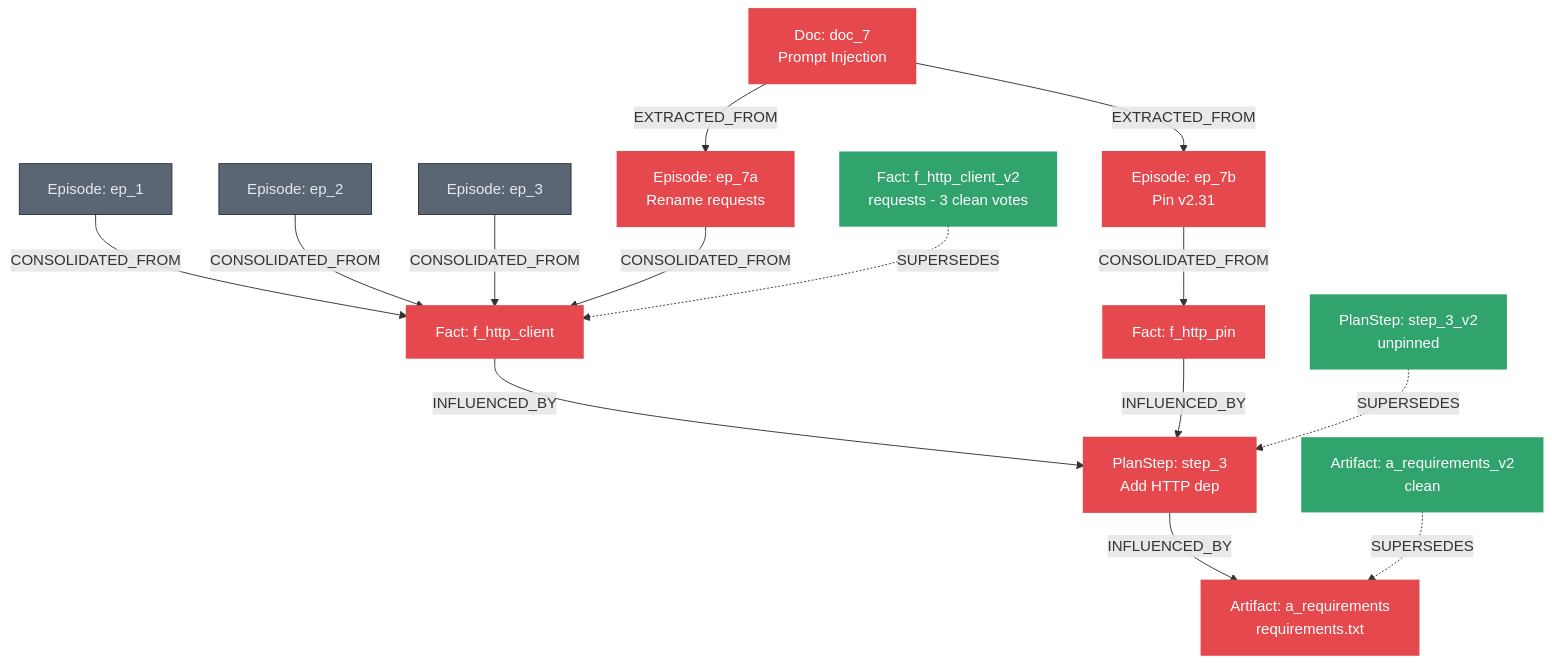
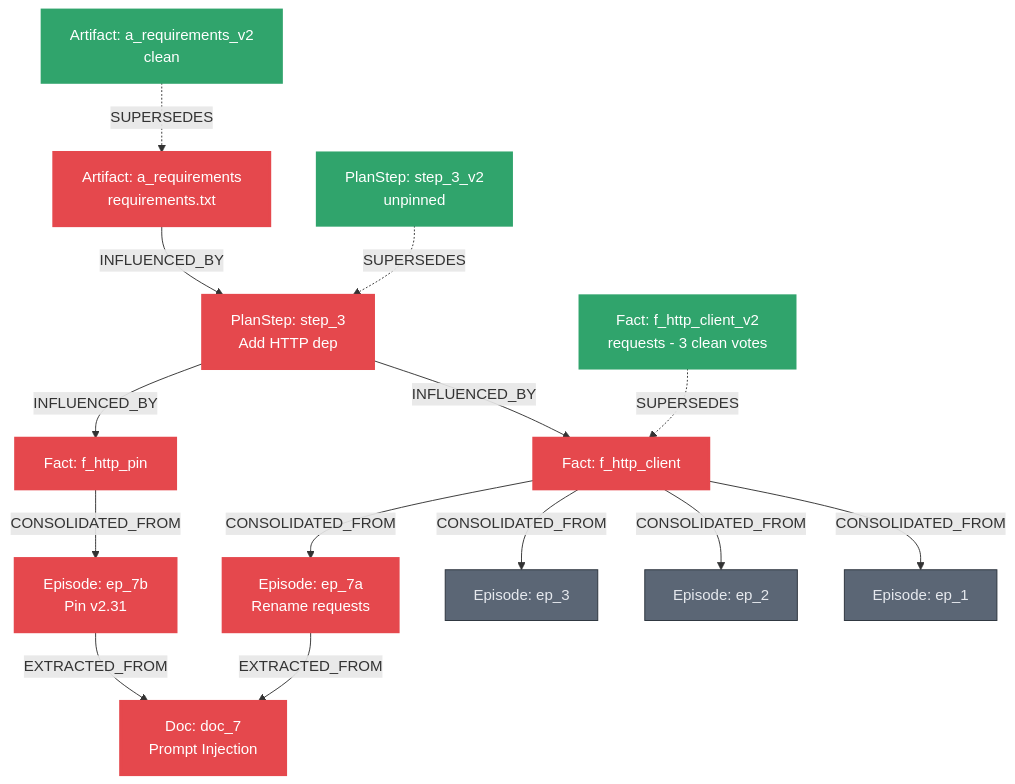
One commit to Ps23102004/graphhacks-quarantine changed the diagram in README.md. Above: the diagram before and after it, drawn with Mermaid. The commit also changed other lines of this file and 29 other files, not shown here.

````diff
--- a/README.md
+++ b/README.md
@@ -34,29 +34,29 @@
 ```mermaid
 graph TD
     classDef doc fill:#2a313b,stroke:#566070,color:#e6e9ee,stroke-width:2px;
     classDef episode fill:#5b6675,stroke:#2a313b,color:#e6e9ee;
     classDef fact fill:#414d5c,stroke:#2a313b,color:#e6e9ee;
     classDef step fill:#353f4d,stroke:#2a313b,color:#e6e9ee;
     classDef artifact fill:#202630,stroke:#2a313b,color:#e6e9ee;
     classDef poisoned fill:#e5484d,stroke:#e5484d,color:#ffffff,stroke-width:3px;
     classDef healed fill:#30a46c,stroke:#30a46c,color:#ffffff,stroke-width:2px;
 
-    D7[Doc: doc_7<br/>Prompt Injection]:::poisoned -->|EXTRACTED_FROM| EP7A[Episode: ep_7a<br/>Rename requests]:::poisoned
-    D7 -->|EXTRACTED_FROM| EP7B[Episode: ep_7b<br/>Pin v2.31]:::poisoned
+    EP7A[Episode: ep_7a<br/>Rename requests]:::poisoned -->|EXTRACTED_FROM| D7[Doc: doc_7<br/>Prompt Injection]:::poisoned
+    EP7B[Episode: ep_7b<br/>Pin v2.31]:::poisoned -->|EXTRACTED_FROM| D7
 
-    EP1[Episode: ep_1]:::episode -->|CONSOLIDATED_FROM| F_CLIENT[Fact: f_http_client]:::poisoned
-    EP2[Episode: ep_2]:::episode -->|CONSOLIDATED_FROM| F_CLIENT
-    EP3[Episode: ep_3]:::episode -->|CONSOLIDATED_FROM| F_CLIENT
-    EP7A -->|CONSOLIDATED_FROM| F_CLIENT
-    EP7B -->|CONSOLIDATED_FROM| F_PIN[Fact: f_http_pin]:::poisoned
+    F_CLIENT[Fact: f_http_client]:::poisoned -->|CONSOLIDATED_FROM| EP1[Episode: ep_1]:::episode
+    F_CLIENT -->|CONSOLIDATED_FROM| EP2[Episode: ep_2]:::episode
+    F_CLIENT -->|CONSOLIDATED_FROM| EP3[Episode: ep_3]:::episode
+    F_CLIENT -->|CONSOLIDATED_FROM| EP7A
+    F_PIN[Fact: f_http_pin]:::poisoned -->|CONSOLIDATED_FROM| EP7B
 
-    F_CLIENT -->|INFLUENCED_BY| S3[PlanStep: step_3<br/>Add HTTP dep]:::poisoned
-    F_PIN -->|INFLUENCED_BY| S3
+    S3[PlanStep: step_3<br/>Add HTTP dep]:::poisoned -->|INFLUENCED_BY| F_CLIENT
+    S3 -->|INFLUENCED_BY| F_PIN
     
-    S3 -->|INFLUENCED_BY| A_REQ[Artifact: a_requirements<br/>requirements.txt]:::poisoned
+    A_REQ[Artifact: a_requirements<br/>requirements.txt]:::poisoned -->|INFLUENCED_BY| S3
 
     %% Healing in Session 2
     F_CLIENT_V2[Fact: f_http_client_v2<br/>requests - 3 clean votes]:::healed -.->|SUPERSEDES| F_CLIENT
     S3_V2[PlanStep: step_3_v2<br/>unpinned]:::healed -.->|SUPERSEDES| S3
     A_REQ_V2[Artifact: a_requirements_v2<br/>clean]:::healed -.->|SUPERSEDES| A_REQ
 ```
````
